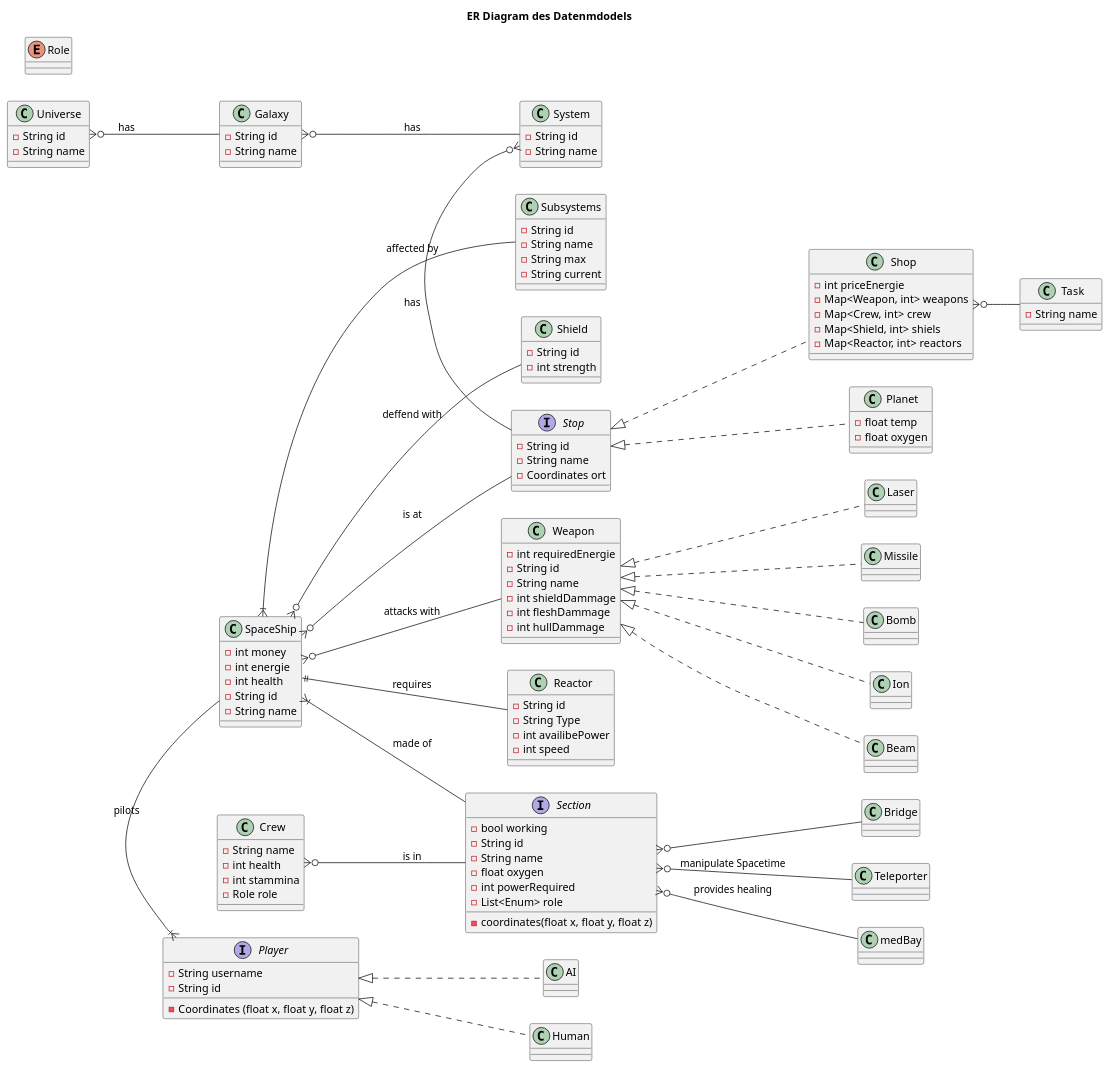
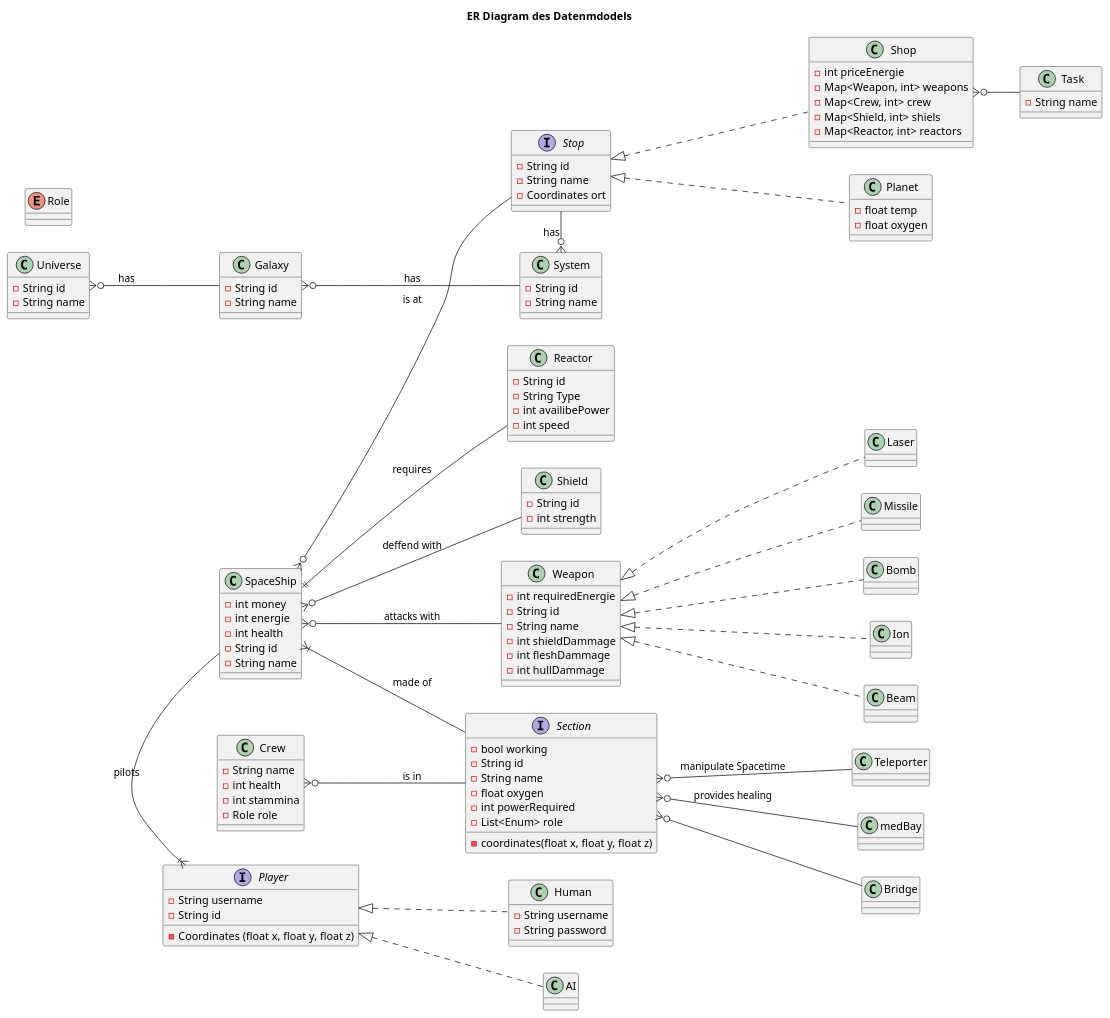
Before and after one commit to ksreyr/SpaceStudio: the second of 3 diagrams in docs/model.org, drawn with PlantUML. The commit also changed other lines of this file and 2 other files, not shown here.

Commit message:
small changes

```diff
--- a/docs/model.org
+++ b/docs/model.org
@@ -46,13 +46,6 @@
   - Map<Crew, int> crew
   - Map<Shield, int> shiels
   - Map<Reactor, int> reactors
-}
-
-class Subsystems {
-  - String id
-  - String name
-  - String max
-  - String current
 }
 
 class Shield {
@@ -108,7 +101,10 @@
 
 class AI
 
-class Human
+class Human {
+   - String username
+   - String password
+}
 
 class Universe {
    - String id
@@ -143,7 +139,7 @@
 
 Universe }o-- Galaxy: has
 Galaxy }o-- System: has
-System }o-right- Stop: has
+System }o-left- Stop: has
 
 Stop <|.. Planet
 Stop <|.. Shop
@@ -156,7 +152,6 @@
 Player <|.. AI
 Player <|.. Human
 
-SpaceShip }|-- Subsystems: affected by
 SpaceShip }|-- Section: made of
 SpaceShip ||-- Reactor: requires
 SpaceShip }o-- Shield: deffend with
```
